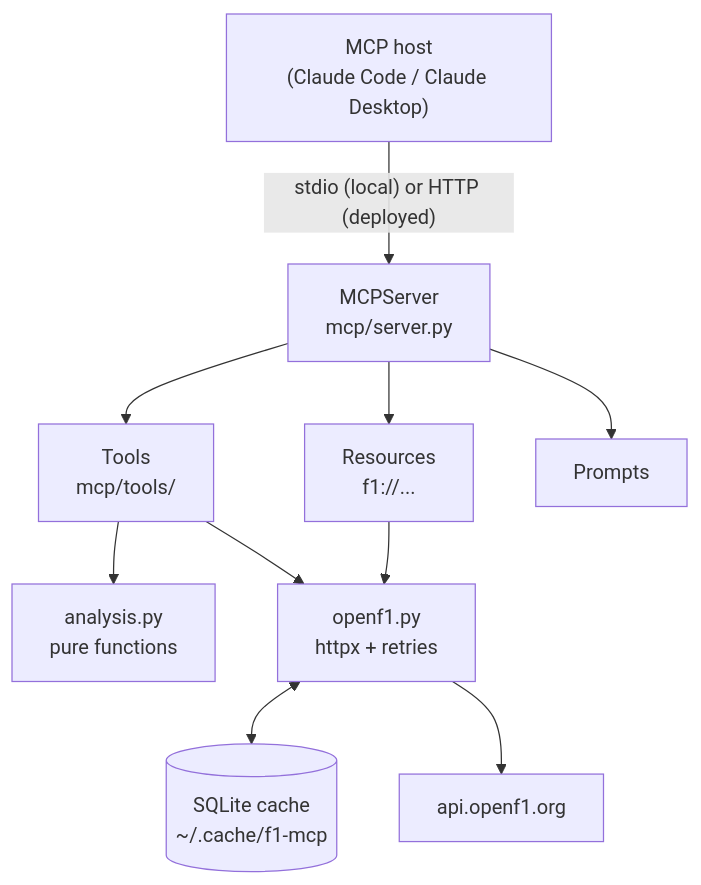
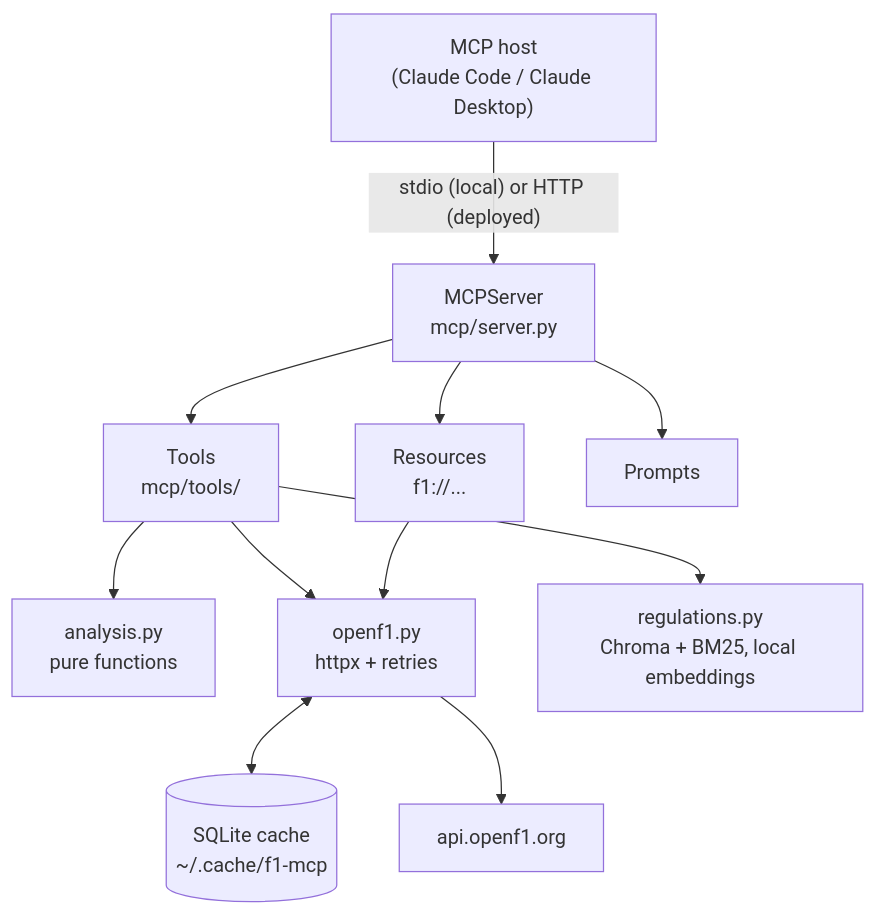
Before and after one commit to JuanEliasLaraSoto/f1-mcp: the second of 3 diagrams in README.md, drawn with Mermaid. The commit also changed other lines of this file and 23 other files, not shown here.

````diff
--- a/README.md
+++ b/README.md
@@ -126,22 +182,23 @@
 ```mermaid
 graph TD
     Host["MCP host<br/>(Claude Code / Claude Desktop)"]
     Server["MCPServer<br/>mcp/server.py"]
     Tools["Tools<br/>mcp/tools/"]
     Resources["Resources<br/>f1://..."]
     Prompts["Prompts"]
     Analysis["analysis.py<br/>pure functions"]
     Client["openf1.py<br/>httpx + retries"]
     Cache[("SQLite cache<br/>~/.cache/f1-mcp")]
     API["api.openf1.org"]
 
     Host -->|"stdio (local) or HTTP (deployed)"| Server
     Server --> Tools
     Server --> Resources
     Server --> Prompts
     Tools --> Analysis
     Tools --> Client
     Resources --> Client
     Client <--> Cache
     Client --> API
+    Tools --> Regs["regulations.py<br/>Chroma + BM25, local embeddings"]
 ```
````
